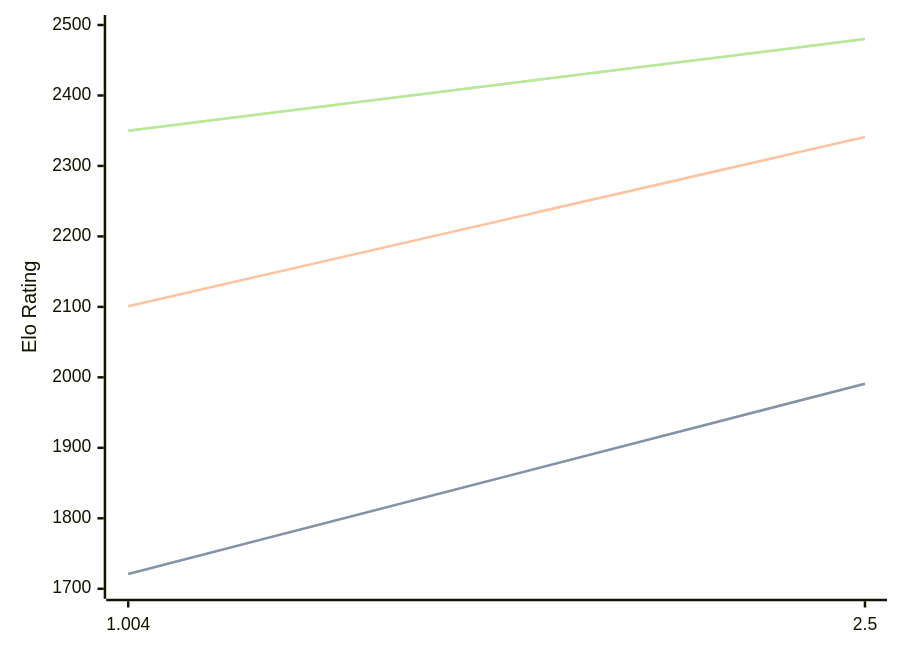
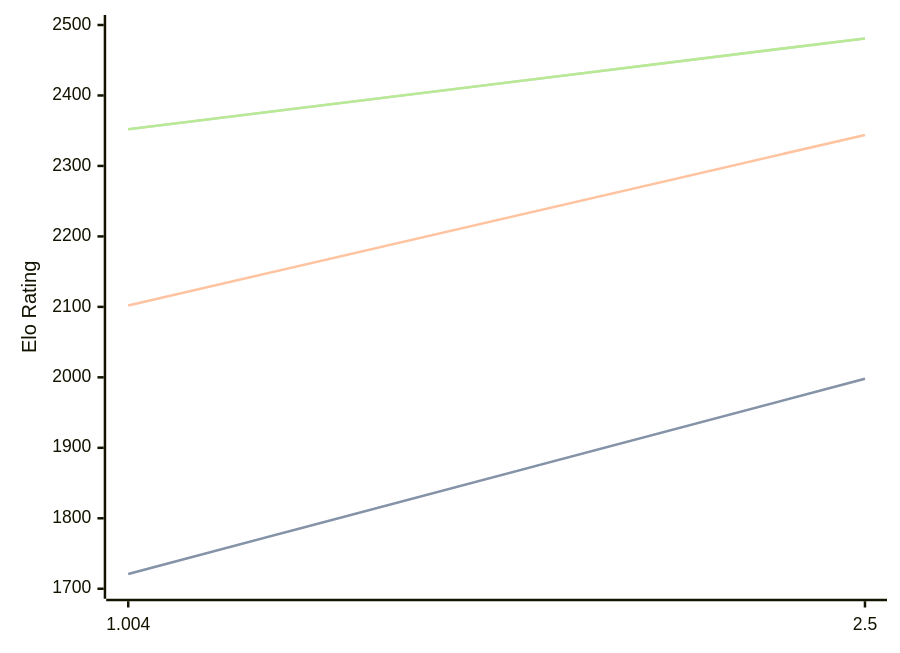
Before and after one commit to computer-chess-index/cci: the diagram in engines/Ares.md, drawn with Mermaid. The commit also changed other lines of this file, not shown here.

Commit message:
Update CCI Ratings (ELO VLTC) - 2026-04-13

````diff
--- a/engines/Ares.md
+++ b/engines/Ares.md
@@ -32,11 +32,11 @@
 ```mermaid
 %%{init: {"theme":"base","themeVariables":{"seriesColors:['#a3a3a3','#222221','#faa371']}}}%%
 xychart-beta
   x-axis ["1.004", "2.5"]
   y-axis "Elo Rating" 1700 --> 2500
-  line "STC (8.0+0.08s)" [1721, 1991]
-  line "STC (8.0+0.08s)" [1721, 1991]
-  line "LTC (60.0+0.60s)" [2101, 2341]
-  line "VLTC (2m24s+1.12s)" [2350, 2480]
-  line "VLTC (2m24s+1.12s)" [2350, 2480]
+  line "STC (8.0+0.08s)" [1721, 1998]
+  line "STC (8.0+0.08s)" [1721, 1998]
+  line "LTC (60.0+0.60s)" [2102, 2344]
+  line "VLTC (2m24s+1.12s)" [2352, 2481]
+  line "VLTC (2m24s+1.12s)" [2352, 2481]
 ```
````
